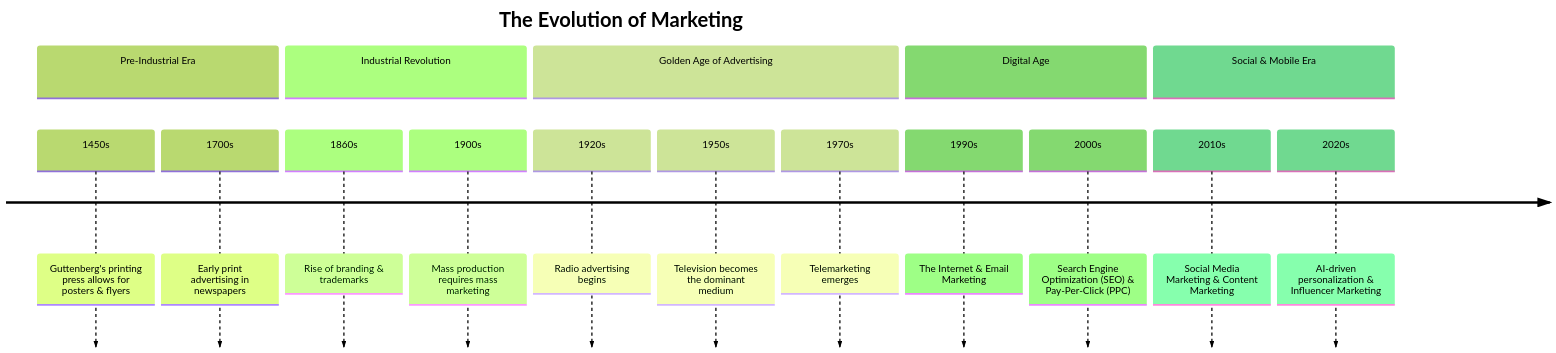
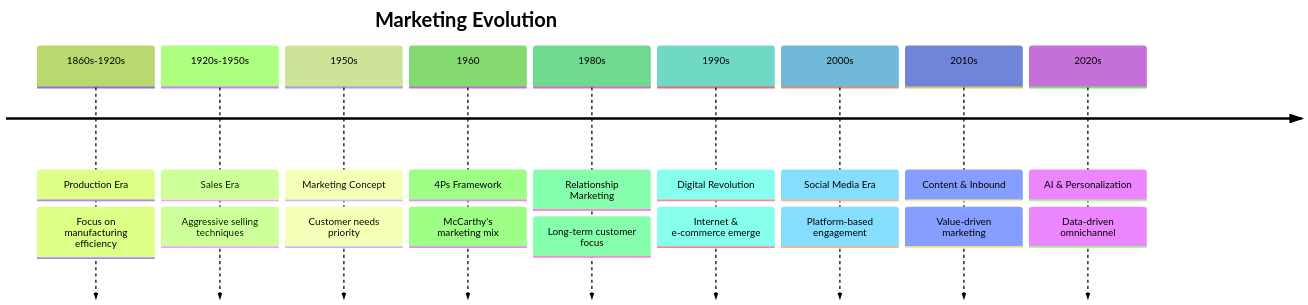
One commit to elidepb/mermaid_corpus changed the diagram in timeline/Business and Administration/markdowns/259_marketing.md. Above: the diagram before and after it, drawn with Mermaid (forest theme). The commit also changed 3129 other files, not shown here.

````diff
--- a/timeline/Business and Administration/markdowns/259_marketing.md
+++ b/timeline/Business and Administration/markdowns/259_marketing.md
@@ -1,20 +1,22 @@
 ```mermaid
 timeline
-    title The Evolution of Marketing
-    section Pre-Industrial Era
-        1450s : Guttenberg's printing press allows for posters & flyers
-        1700s : Early print advertising in newspapers
-    section Industrial Revolution
-        1860s : Rise of branding & trademarks
-        1900s : Mass production requires mass marketing
-    section Golden Age of Advertising
-        1920s : Radio advertising begins
-        1950s : Television becomes the dominant medium
-        1970s : Telemarketing emerges
-    section Digital Age
-        1990s : The Internet & Email Marketing
-        2000s : Search Engine Optimization (SEO) & Pay-Per-Click (PPC)
-    section Social & Mobile Era
-        2010s : Social Media Marketing & Content Marketing
-        2020s : AI-driven personalization & Influencer Marketing
+    title Marketing Evolution
+    1860s-1920s : Production Era
+                : Focus on manufacturing efficiency
+    1920s-1950s : Sales Era
+                : Aggressive selling techniques
+    1950s : Marketing Concept
+          : Customer needs priority
+    1960 : 4Ps Framework
+         : McCarthy's marketing mix
+    1980s : Relationship Marketing
+          : Long-term customer focus
+    1990s : Digital Revolution
+          : Internet & e-commerce emerge
+    2000s : Social Media Era
+          : Platform-based engagement
+    2010s : Content & Inbound
+          : Value-driven marketing
+    2020s : AI & Personalization
+          : Data-driven omnichannel
 ```
````
